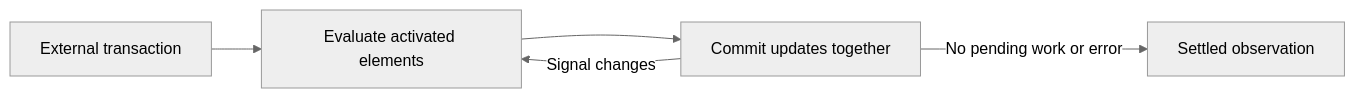
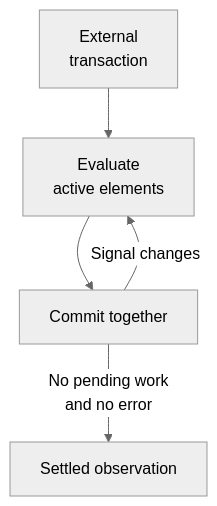
Before and after one commit to keplertech/kepler-formal: the diagram in docs/sec-latch-support.md, drawn with Mermaid (neutral theme). The commit also changed 1 other file, not shown here.

Commit message:
docs(sec): shorten and wrap latch diagram labels

````diff
--- a/docs/sec-latch-support.md
+++ b/docs/sec-latch-support.md
@@ -59,7 +59,7 @@
 ```mermaid
-flowchart LR
-    A[External transaction] --> E[Evaluate activated elements]
-    E --> C[Commit updates together]
+flowchart TD
+    A["External<br/>transaction"] --> E["Evaluate<br/>active elements"]
+    E --> C["Commit together"]
     C -->|Signal changes| E
-    C -->|No pending work or error| B[Settled observation]
+    C -->|"No pending work<br/>and no error"| B["Settled observation"]
 ```
````
